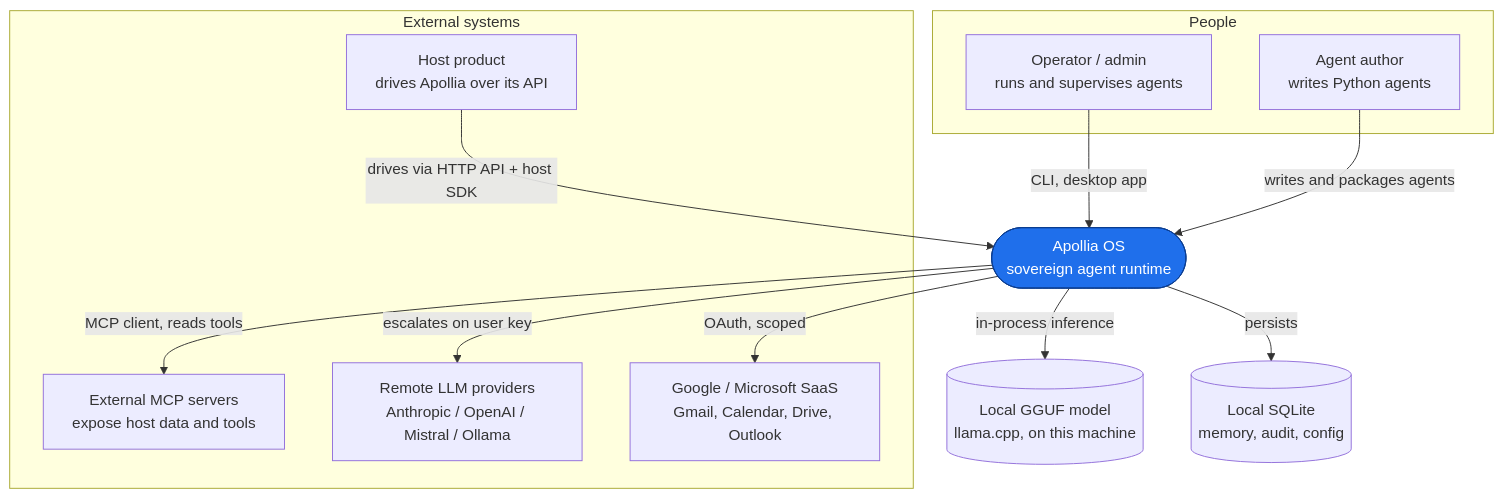
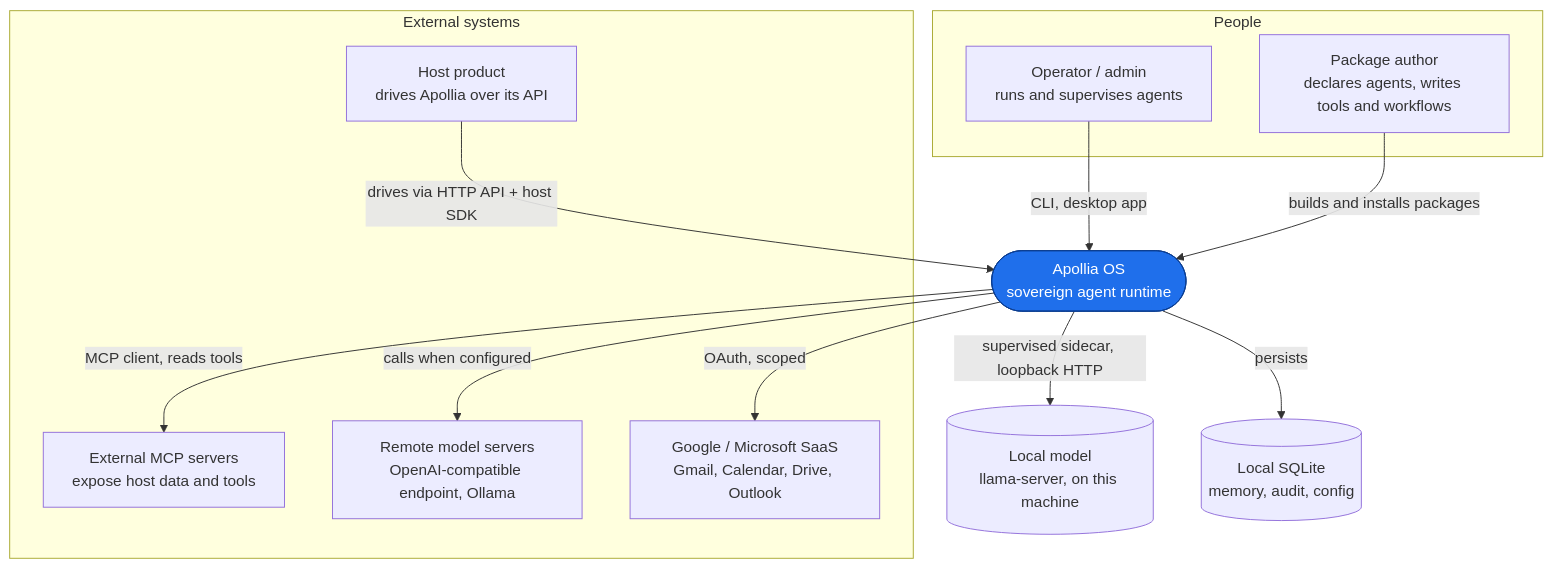
The diagram in docs/site/docs/architecture/03-context-and-scope.md (Apollia-OS/apollia-os), drawn with Mermaid before and after one commit. The commit also changed other lines of this file and 4432 other files, not shown here.

````diff
--- a/docs/site/docs/architecture/03-context-and-scope.md
+++ b/docs/site/docs/architecture/03-context-and-scope.md
@@ -14,31 +14,31 @@
 ```mermaid
 flowchart TB
     subgraph external_people [People]
         operator["Operator / admin<br/>runs and supervises agents"]
-        author["Agent author<br/>writes Python agents"]
+        author["Package author<br/>declares agents, writes tools and workflows"]
     end
 
     subgraph external_systems [External systems]
         host["Host product<br/>drives Apollia over its API"]
         mcp["External MCP servers<br/>expose host data and tools"]
-        cloud["Remote LLM providers<br/>Anthropic / OpenAI / Mistral / Ollama"]
+        cloud["Remote model servers<br/>OpenAI-compatible endpoint, Ollama"]
         saas["Google / Microsoft SaaS<br/>Gmail, Calendar, Drive, Outlook"]
     end
 
     apollia(["Apollia OS<br/>sovereign agent runtime"])
 
-    localmodel[("Local GGUF model<br/>llama.cpp, on this machine")]
+    localmodel[("Local model<br/>llama-server, on this machine")]
     localdb[("Local SQLite<br/>memory, audit, config")]
 
     operator -->|CLI, desktop app| apollia
-    author -->|writes and packages agents| apollia
+    author -->|builds and installs packages| apollia
     host -->|drives via HTTP API + host SDK| apollia
     apollia -->|MCP client, reads tools| mcp
-    apollia -->|escalates on user key| cloud
+    apollia -->|calls when configured| cloud
     apollia -->|OAuth, scoped| saas
-    apollia -->|in-process inference| localmodel
+    apollia -->|supervised sidecar, loopback HTTP| localmodel
     apollia -->|persists| localdb
 
     classDef sys fill:#1f6feb,stroke:#0b3d91,color:#fff;
     class apollia sys;
 ```
````
